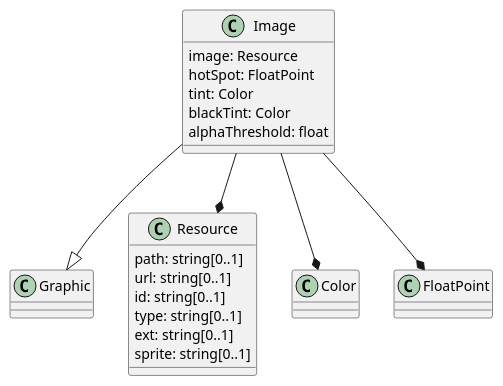
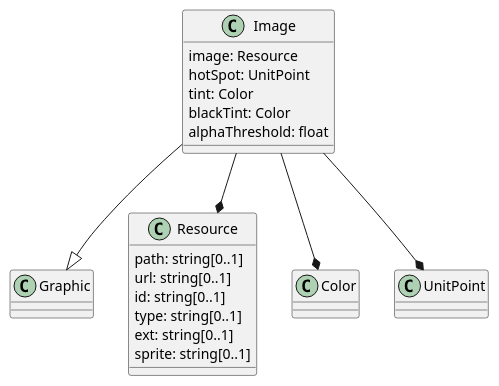
The ninth of 10 diagrams in core/sections/clause_8_vector.adoc (opengeospatial/styles-and-symbology), drawn with PlantUML before and after one commit. The commit also changed other lines of this file and 5 other files, not shown here.

```diff
--- a/core/sections/clause_8_vector.adoc
+++ b/core/sections/clause_8_vector.adoc
@@ -295,19 +295,19 @@
 [plantuml, target=diagram-classes, format=png]
 ....
 Image --|> Graphic
 Image  : image: Resource
-Image  : hotSpot: FloatPoint
+Image  : hotSpot: UnitPoint
 Image  : tint: Color
 Image  : blackTint: Color
 Image  : alphaThreshold: float
 Image --* Resource
 Image --* Color
-Image --* FloatPoint
+Image --* UnitPoint
 
 Resource : path: string[0..1]
 Resource : url: string[0..1]
 Resource : id: string[0..1]
 Resource : type: string[0..1]
 Resource : ext: string[0..1]
 Resource : sprite: string[0..1]
 ....
```
